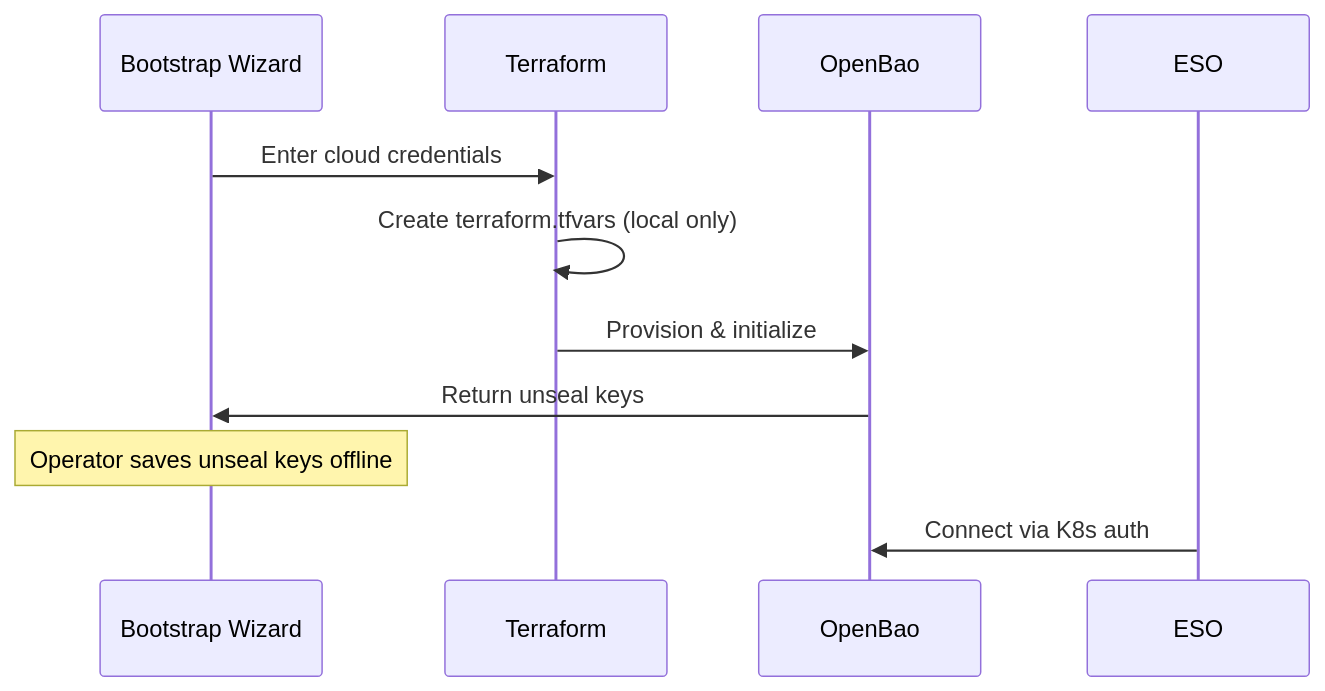
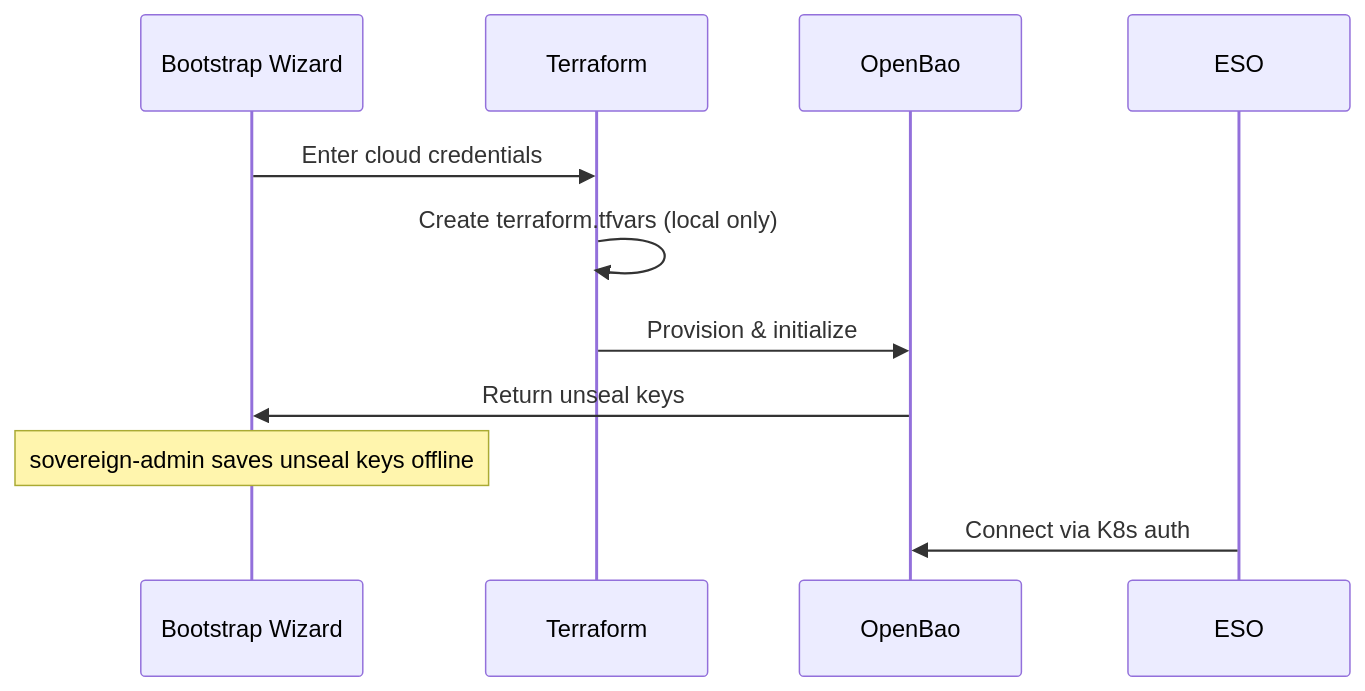
One commit to openova-io/openova changed the second of 2 diagrams in platform/external-secrets/README.md. Above: the diagram before and after it, drawn with Mermaid.

First paragraph of the commit message:
docs(pass-2): final entity-noun sweep — external-secrets sequence diagram
Pass 2 — fresh-eyes sweep across the entire docs tree. One residual
entity-noun usage found:

````diff
--- a/platform/external-secrets/README.md
+++ b/platform/external-secrets/README.md
@@ -64,14 +64,14 @@
 ```mermaid
 sequenceDiagram
     participant Wizard as Bootstrap Wizard
     participant TF as Terraform
     participant OpenBao as OpenBao
     participant ESO as ESO
 
     Wizard->>TF: Enter cloud credentials
     TF->>TF: Create terraform.tfvars (local only)
     TF->>OpenBao: Provision & initialize
     OpenBao->>Wizard: Return unseal keys
-    Note over Wizard: Operator saves unseal keys offline
+    Note over Wizard: sovereign-admin saves unseal keys offline
     ESO->>OpenBao: Connect via K8s auth
 ```
````
